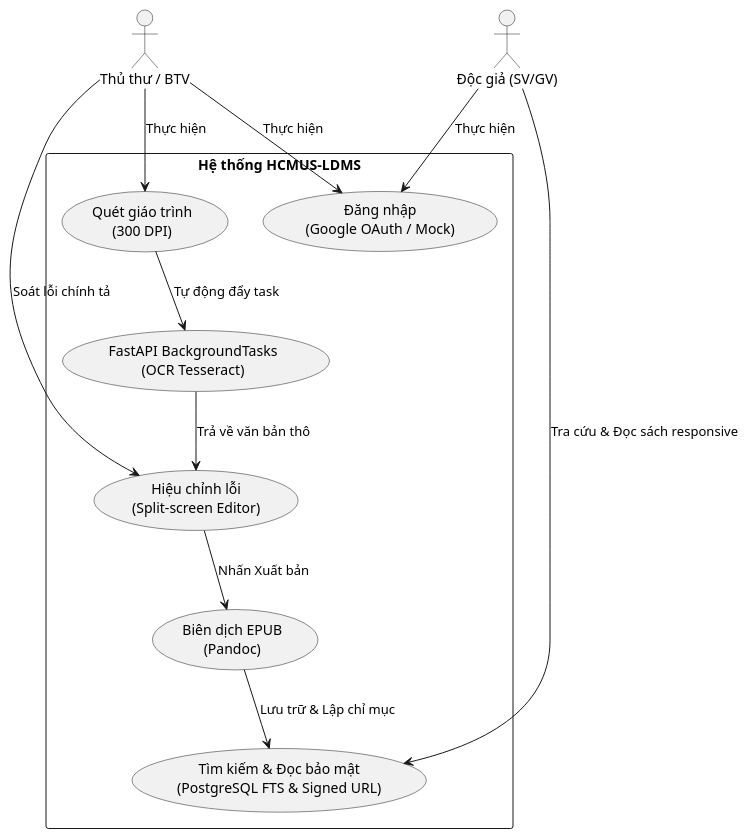
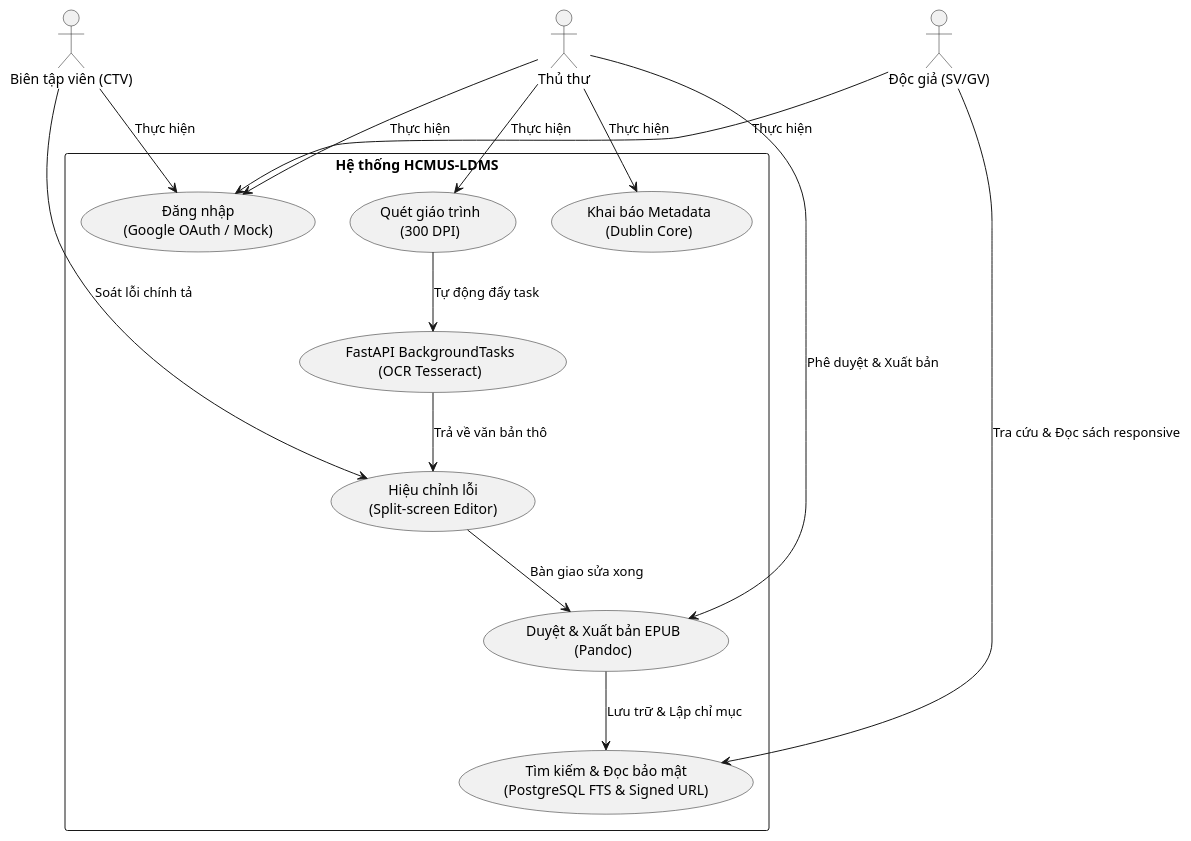
The second of 2 diagrams in docs/03-vision-and-scope.md (se-bros/hcmus-projectmanage--lab), drawn with PlantUML before and after one commit. The commit also changed other lines of this file and 2 other files, not shown here.

Commit message:
docs: separate librarian and editor workflows and roles

````diff
--- a/docs/03-vision-and-scope.md
+++ b/docs/03-vision-and-scope.md
@@ -154,27 +154,37 @@
 ```plantuml
 @startuml
 skinparam packageStyle rectangle
 
-actor "Thủ thư / BTV" as Librarian
+actor "Thủ thư" as Librarian
+actor "Biên tập viên (CTV)" as Editor
 actor "Độc giả (SV/GV)" as Reader
 
 rectangle "Hệ thống HCMUS-LDMS" {
     usecase "Đăng nhập\n(Google OAuth / Mock)" as Login
     usecase "Quét giáo trình\n(300 DPI)" as Scan
+    usecase "Khai báo Metadata\n(Dublin Core)" as Meta
     usecase "FastAPI BackgroundTasks\n(OCR Tesseract)" as OCR
     usecase "Hiệu chỉnh lỗi\n(Split-screen Editor)" as Edit
-    usecase "Biên dịch EPUB\n(Pandoc)" as Compile
+    usecase "Duyệt & Xuất bản EPUB\n(Pandoc)" as Compile
     usecase "Tìm kiếm & Đọc bảo mật\n(PostgreSQL FTS & Signed URL)" as Read
 }
 
 Librarian --> Login : Thực hiện
+Editor --> Login : Thực hiện
 Reader --> Login : Thực hiện
+
 Librarian --> Scan : Thực hiện
 Scan --> OCR : Tự động đẩy task
 OCR --> Edit : Trả về văn bản thô
-Librarian --> Edit : Soát lỗi chính tả
-Edit --> Compile : Nhấn Xuất bản
+
+Librarian --> Meta : Thực hiện
+
+Editor --> Edit : Soát lỗi chính tả
+
+Edit --> Compile : Bàn giao sửa xong
+Librarian --> Compile : Phê duyệt & Xuất bản
+
 Compile --> Read : Lưu trữ & Lập chỉ mục
 Reader --> Read : Tra cứu & Đọc sách responsive
 @enduml
 ```
````
